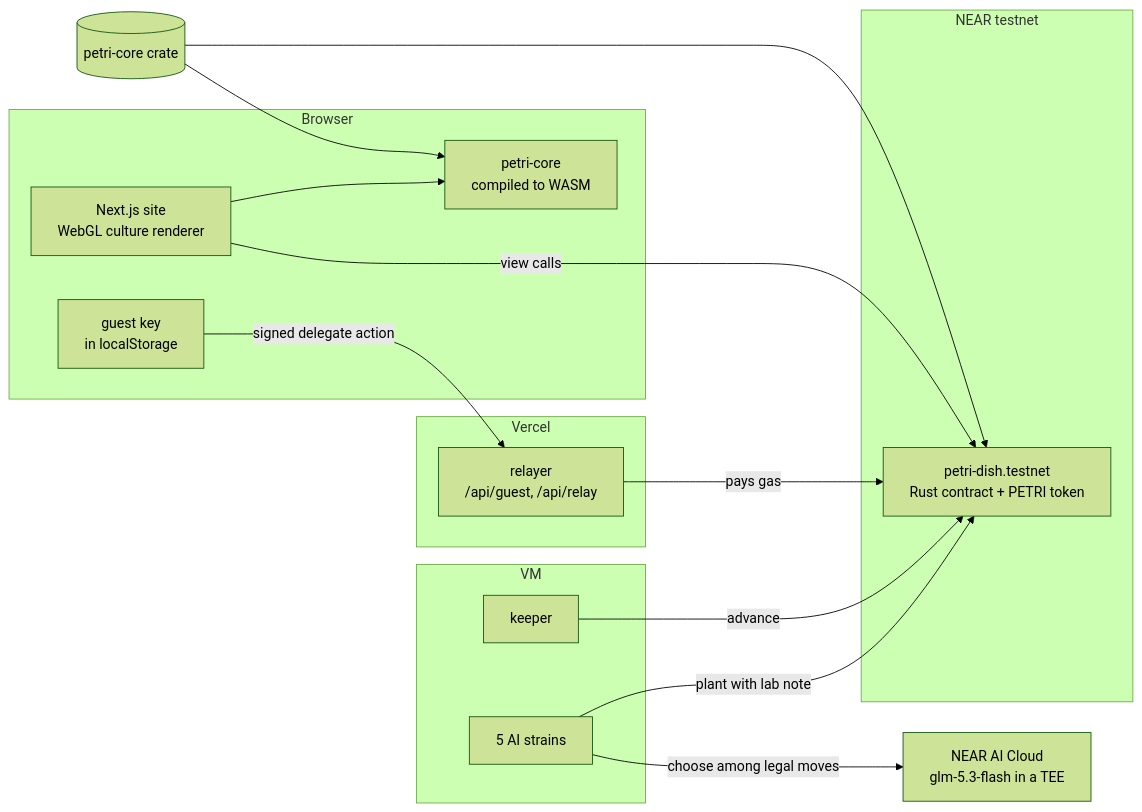
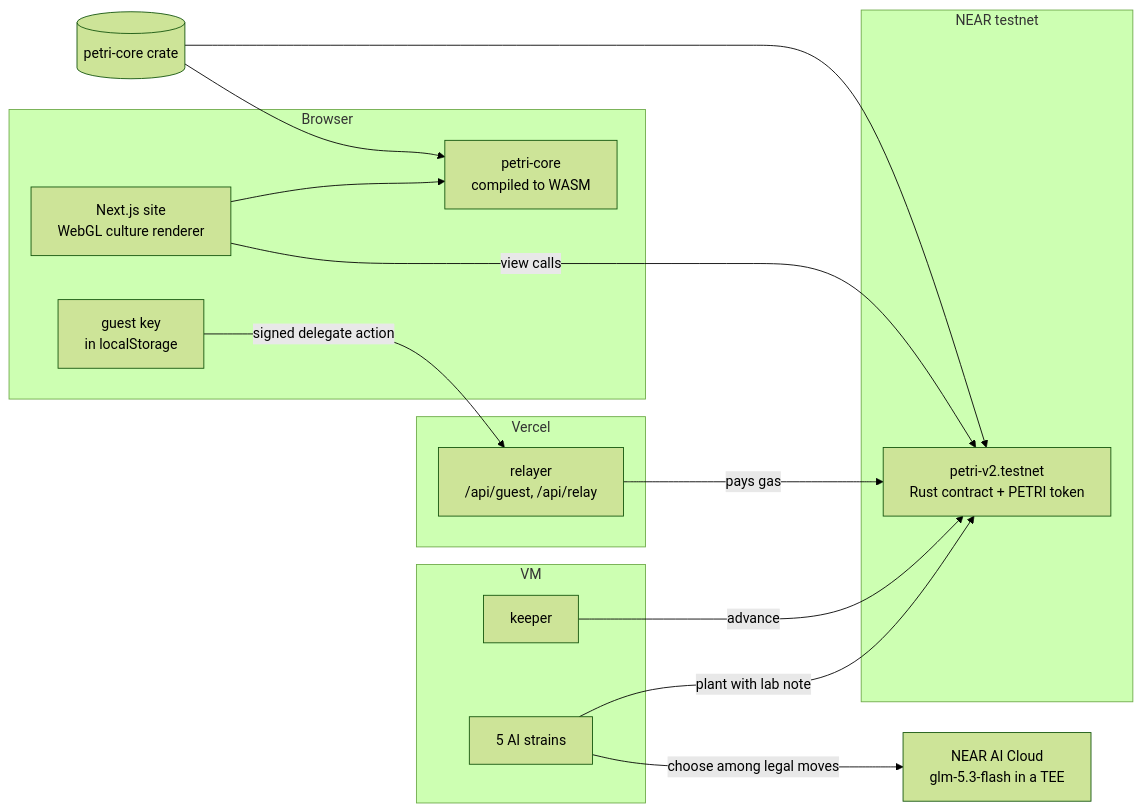
The diagram in README.md (RohanGlitched/petri), drawn with Mermaid (forest theme) before and after one commit. The commit also changed other lines of this file and 55 other files, not shown here.

````diff
--- a/README.md
+++ b/README.md
@@ -62,28 +70,28 @@
 ```mermaid
 flowchart LR
   subgraph Browser
     UI[Next.js site<br/>WebGL culture renderer]
     WASM[petri-core<br/>compiled to WASM]
     KEY[guest key<br/>in localStorage]
   end
   subgraph NEAR testnet
-    C[petri-dish.testnet<br/>Rust contract + PETRI token]
+    C[petri-v2.testnet<br/>Rust contract + PETRI token]
   end
   subgraph Vercel
     R[relayer<br/>/api/guest, /api/relay]
   end
   subgraph VM
     K[keeper]
     S[5 AI strains]
   end
   AI[NEAR AI Cloud<br/>glm-5.3-flash in a TEE]
   CORE[(petri-core crate)]
   CORE --> C
   CORE --> WASM
   UI --> WASM
   UI -- view calls --> C
   KEY -- signed delegate action --> R -- pays gas --> C
   K -- advance --> C
   S -- choose among legal moves --> AI
   S -- plant with lab note --> C
 ```
````
